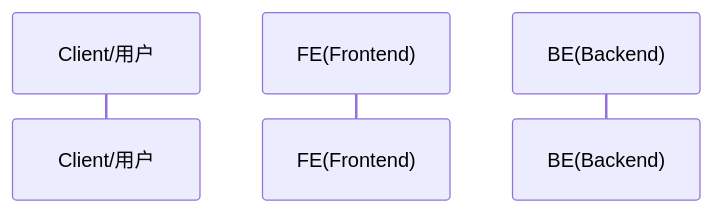
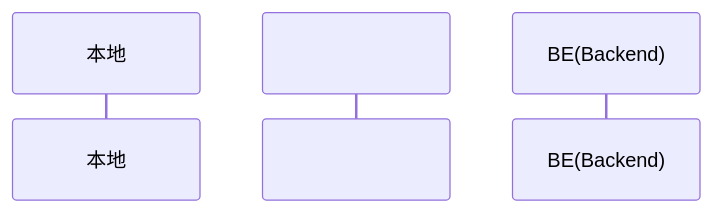
The diagram in all/未命名-5.md (HY-10-8/iodraw-files), drawn with Mermaid before and after one commit.

Commit message:
2026-04-24 10:24:20 update

````diff
--- a/all/未命名-5.md
+++ b/all/未命名-5.md
@@ -1,8 +1,8 @@
 ```mermaid
 sequenceDiagram
     autonumber
 
-    participant Client as Client/用户
-    participant FE as FE(Frontend)
+    participant Client as 本地
+    participant Server as 
     participant BE as BE(Backend)
 ```
````
